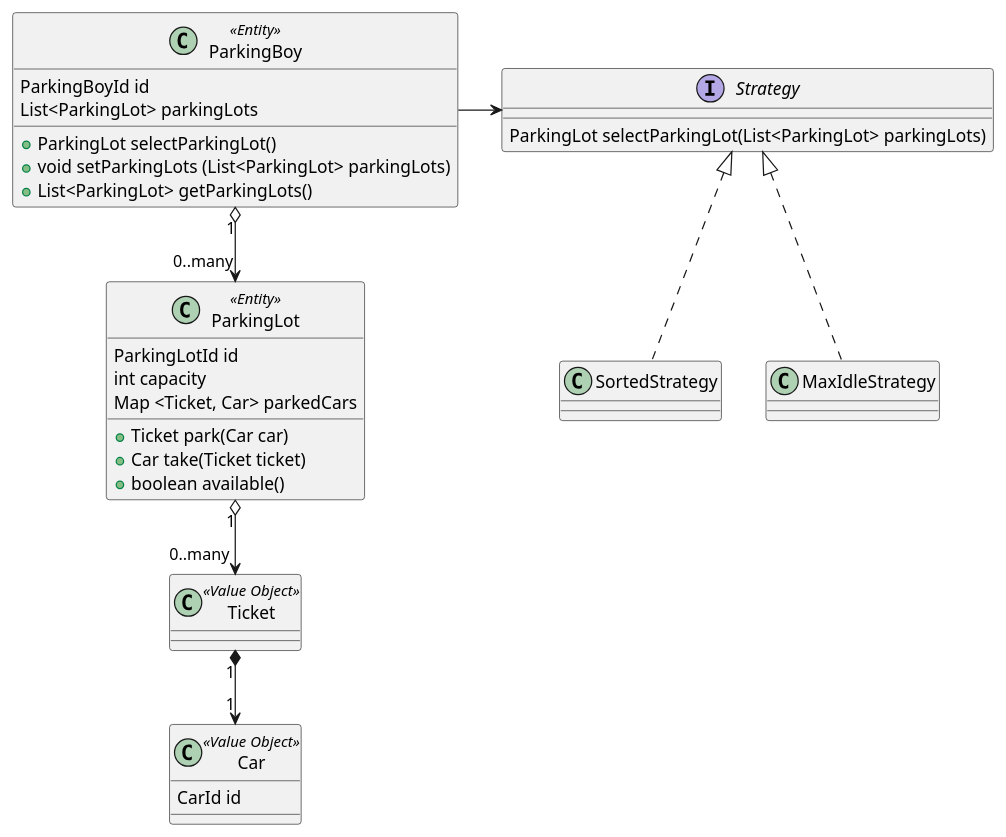
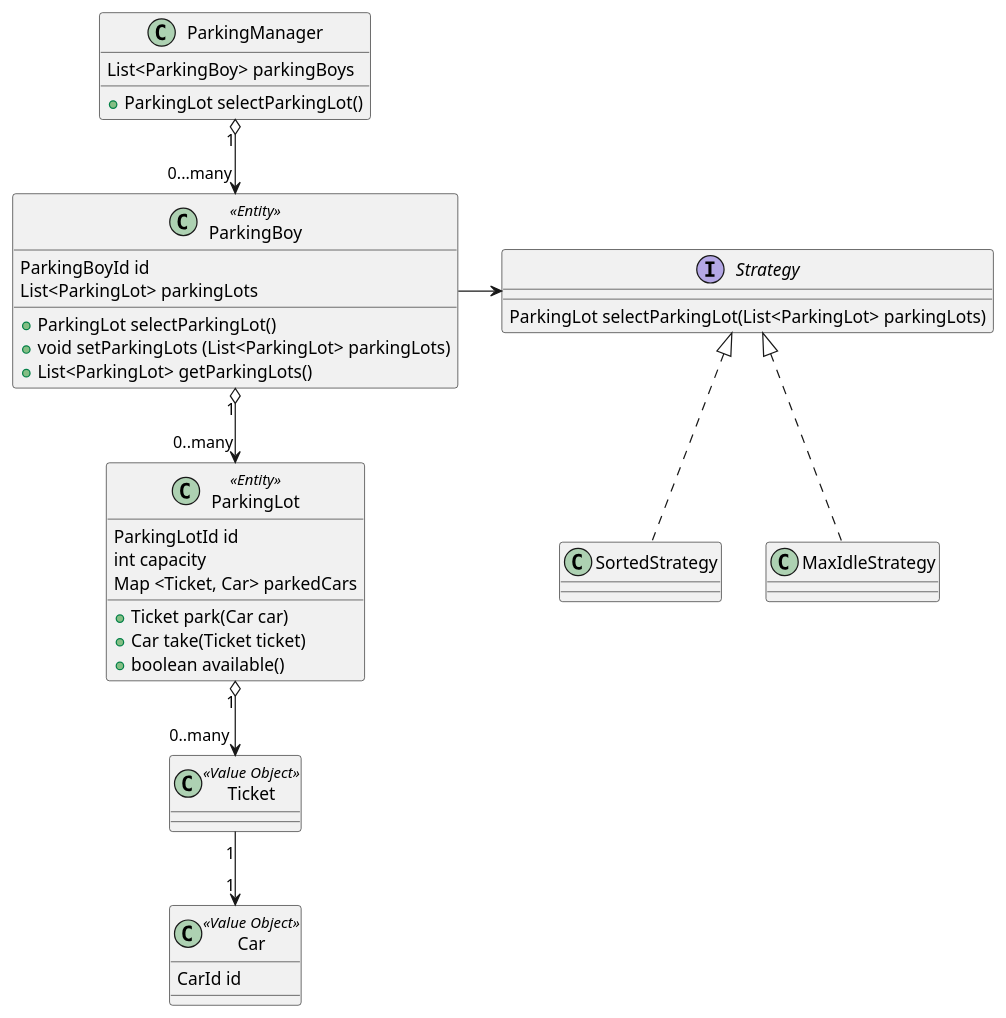
One commit to dlstonedl/ddd-practice changed the diagram in src/main/resources/plantuml/ParkingLotsManagement.puml. Above: the diagram before and after it, drawn with PlantUML. The commit also changed 1 other file, not shown here.

Commit message:
parking manager

```diff
--- a/src/main/resources/plantuml/ParkingLotsManagement.puml
+++ b/src/main/resources/plantuml/ParkingLotsManagement.puml
@@ -1,42 +1,50 @@
 @startuml
+
+class ParkingManager {
+  List<ParkingBoy> parkingBoys
+
+  + ParkingLot selectParkingLot()
+}
+
+ParkingManager "1" o--> "0...many" ParkingBoy
 
 class ParkingBoy << Entity >> {
   ParkingBoyId id
   List<ParkingLot> parkingLots
 
   + ParkingLot selectParkingLot()
   + void setParkingLots (List<ParkingLot> parkingLots)
   + List<ParkingLot> getParkingLots()
 }
 
 interface Strategy {
   ParkingLot selectParkingLot(List<ParkingLot> parkingLots)
 }
 class SortedStrategy
 class MaxIdleStrategy
 Strategy <|.. SortedStrategy
 Strategy <|.. MaxIdleStrategy
 ParkingBoy -> Strategy
 
 class ParkingLot << Entity >> {
   ParkingLotId id
   int capacity
   Map <Ticket, Car> parkedCars
 
   + Ticket park(Car car)
   + Car take(Ticket ticket)
   + boolean available()
 }
 
 Class Car << Value Object >> {
     CarId id
 }
 
 Class Ticket << Value Object >> {
 }
 
-Ticket "1" *--> "1" Car
+Ticket "1" --> "1" Car
 ParkingLot "1" o--> "0..many" Ticket
 ParkingBoy "1" o--> "0..many" ParkingLot
 
 @enduml
```
